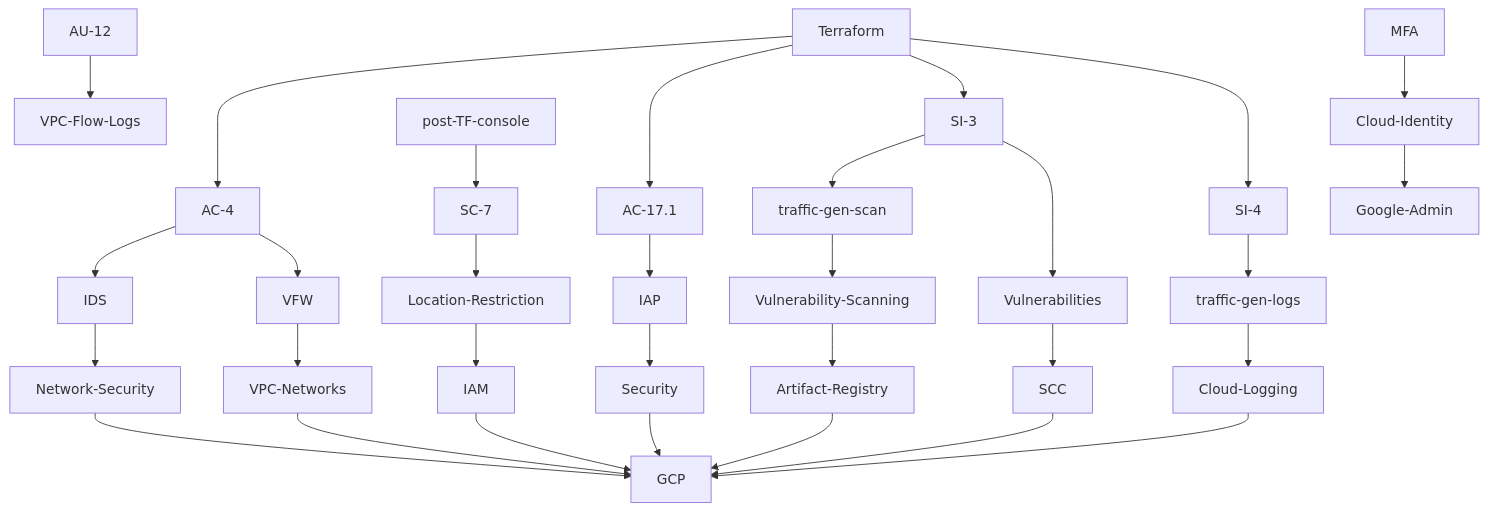
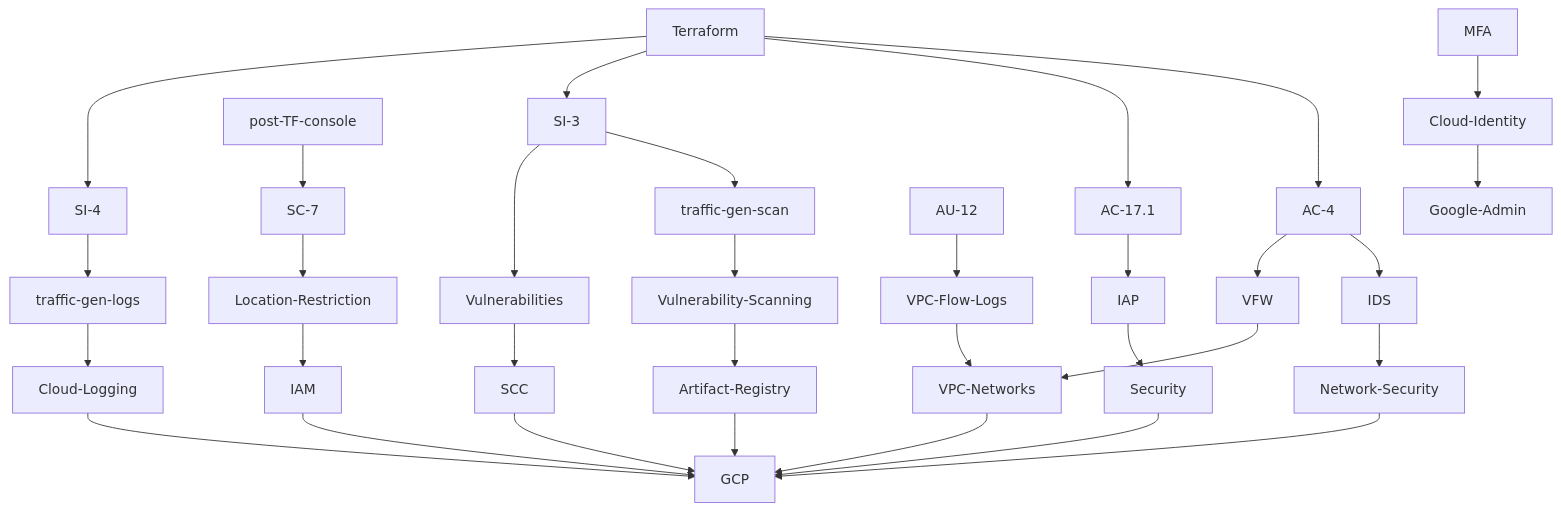
The first of 2 diagrams in docs/google-cloud-security-controls.md (GoogleCloudPlatform/pbmm-on-gcp-onboarding), drawn with Mermaid before and after one commit. The commit also changed other lines of this file, not shown here.

````diff
--- a/docs/google-cloud-security-controls.md
+++ b/docs/google-cloud-security-controls.md
@@ -5,41 +5,42 @@
 ```mermaid
 graph TD;
     
     Terraform-->AC-4;
     Terraform-->AC-17.1;
     Terraform-->SI-3;
     Terraform-->SI-4;
     
     AC-4-->IDS;
     AC-4-->VFW;
     AC-17.1-->IAP;
     SI-3-->traffic-gen-scan;
     traffic-gen-scan-->Vulnerability-Scanning;
     IAP-->Security;
     Vulnerability-Scanning-->Artifact-Registry;
     AU-12-->VPC-Flow-Logs;
     
     SC-7-->Location-Restriction;
     SI-3-->Vulnerabilities;
     Vulnerabilities-->SCC;
     SI-4-->traffic-gen-logs;
     traffic-gen-logs-->Cloud-Logging;
     post-TF-console-->SC-7;
     
     Artifact-Registry-->GCP;
     IDS-->Network-Security;
     Cloud-Logging-->GCP;
     IAM-->GCP;
     Location-Restriction-->IAM;
     Network-Security-->GCP;
     SCC-->GCP;
     Security-->GCP;
     MFA-->Cloud-Identity;
     Cloud-Identity-->Google-Admin;
     VFW-->VPC-Networks;
+    VPC-Flow-Logs-->VPC-Networks;
     VPC-Networks-->GCP;
     
 
     
     
 ```
````
